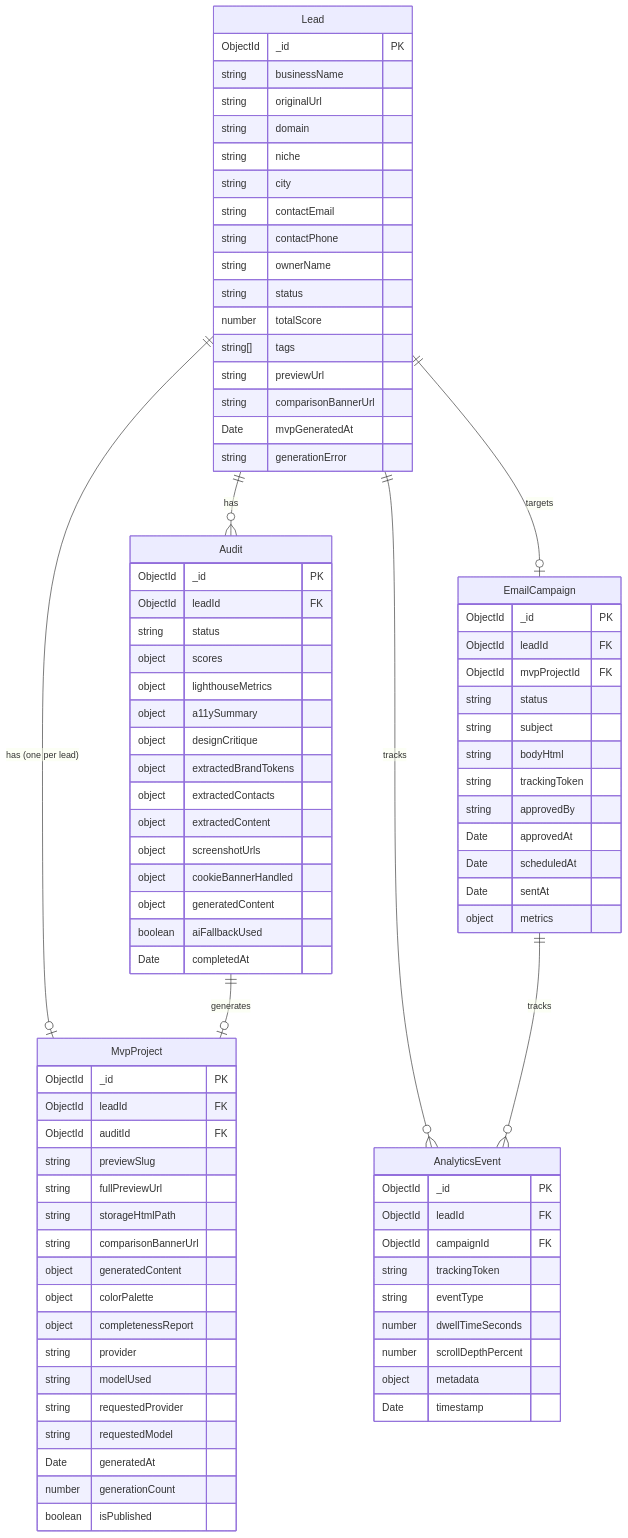
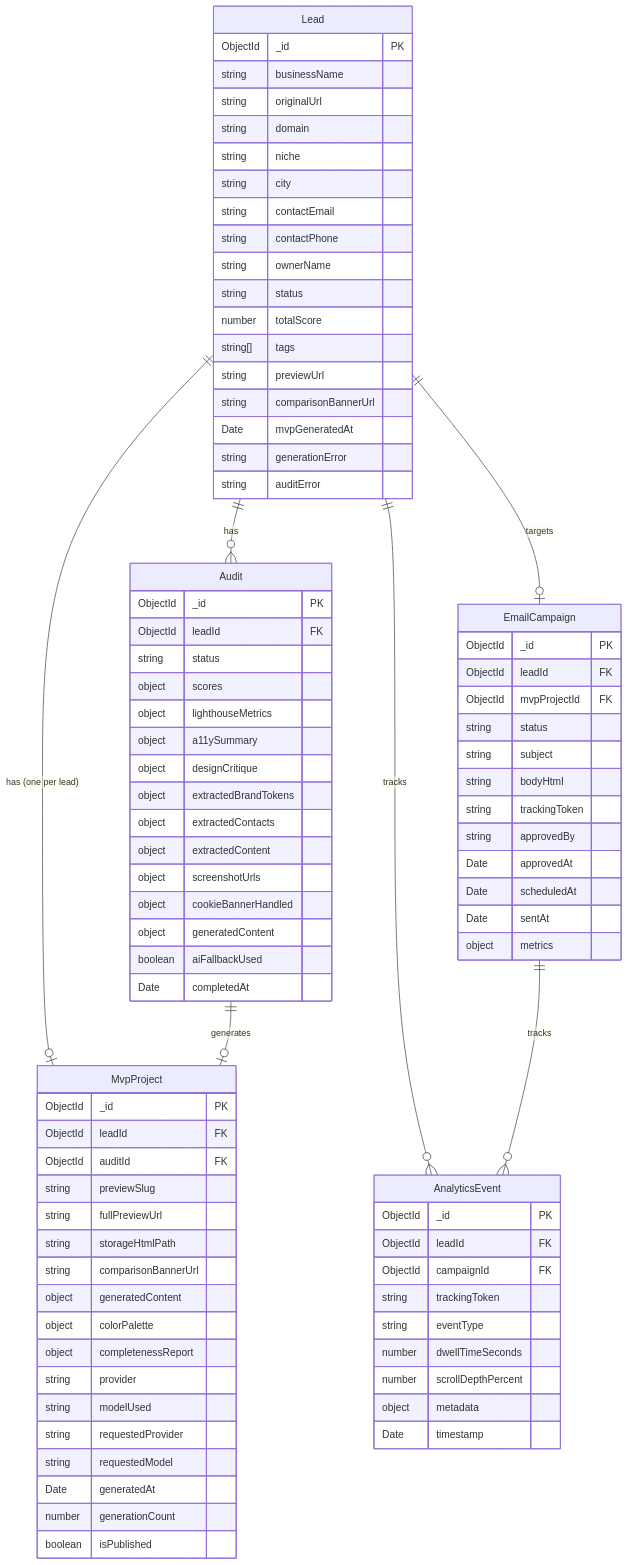
One commit to yurykurouski/revamp-docs changed the seventh of 10 diagrams in blueprint.md. Above: the diagram before and after it, drawn with Mermaid. The commit also changed other lines of this file and 2 other files, not shown here.

First line of the commit message:
docs(REV-44): document the AUDIT_FAILED status, audit retries and the retry action

```diff
--- a/blueprint.md
+++ b/blueprint.md
@@ -435,6 +435,7 @@
         string comparisonBannerUrl
         Date mvpGeneratedAt
         string generationError
+        string auditError
     }
 
     Audit {
```
